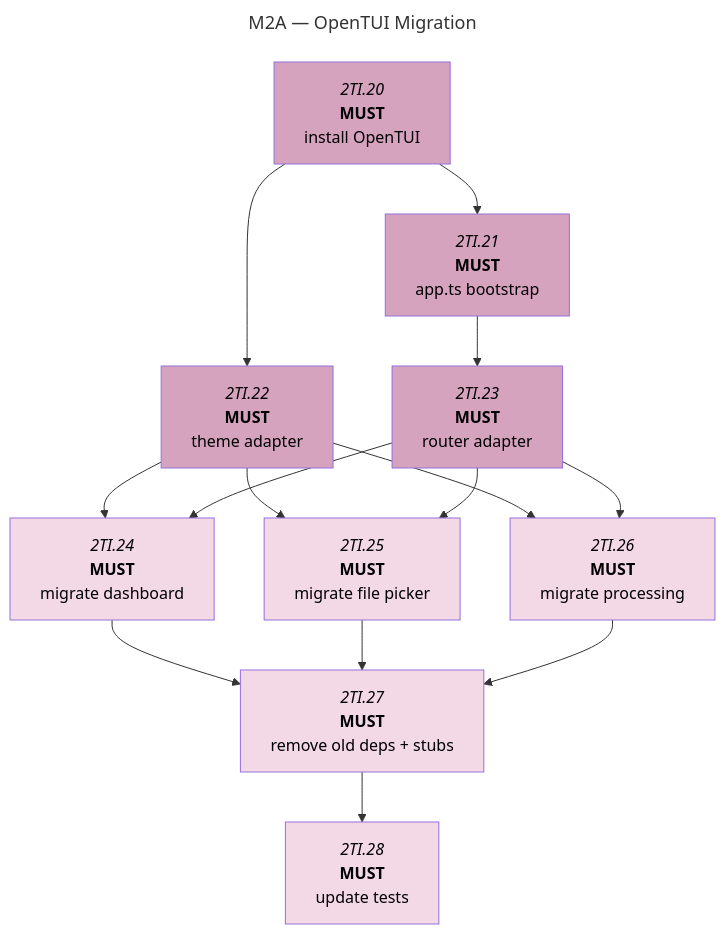
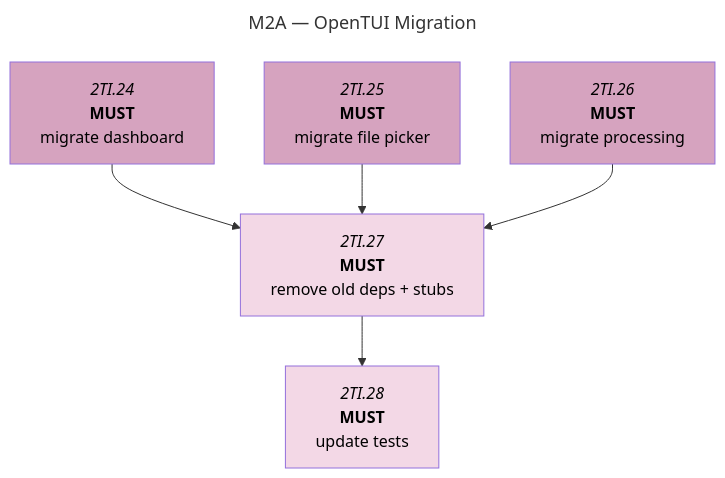
One commit to foundersandcoders/iris changed the second of 6 diagrams in docs/roadmaps/phase-1-mvp-features.md. Above: the diagram before and after it, drawn with Mermaid. The commit also changed other lines of this file, not shown here.

Commit message:
docs: update roadmap

````diff
--- a/docs/roadmaps/phase-1-mvp-features.md
+++ b/docs/roadmaps/phase-1-mvp-features.md
@@ -144,30 +144,25 @@
 ```mermaid
 ---
 title: M2A — OpenTUI Migration
 ---
 graph TD
 
-%% Phase 1: Foundation %%
-2TI.20["`*2TI.20*<br/>**MUST**<br/>install OpenTUI`"]:::must-open --> 2TI.21 & 2TI.22
-
-2TI.21["`*2TI.21*<br/>**MUST**<br/>app.ts bootstrap`"]:::must-open --> 2TI.23
-2TI.22["`*2TI.22*<br/>**MUST**<br/>theme adapter`"]:::must-open --> 2TI.24 & 2TI.25 & 2TI.26
-2TI.23["`*2TI.23*<br/>**MUST**<br/>router adapter`"]:::must-open --> 2TI.24 & 2TI.25 & 2TI.26
+%% Phase 1: Foundation — COMPLETE %%
 
 %% Phase 2: Screen Migration %%
-2TI.24["`*2TI.24*<br/>**MUST**<br/>migrate dashboard`"]:::must-blocked --> 2TI.27
-2TI.25["`*2TI.25*<br/>**MUST**<br/>migrate file picker`"]:::must-blocked --> 2TI.27
-2TI.26["`*2TI.26*<br/>**MUST**<br/>migrate processing`"]:::must-blocked --> 2TI.27
+2TI.24["`*2TI.24*<br/>**MUST**<br/>migrate dashboard`"]:::must-open --> 2TI.27
+2TI.25["`*2TI.25*<br/>**MUST**<br/>migrate file picker`"]:::must-open --> 2TI.27
+2TI.26["`*2TI.26*<br/>**MUST**<br/>migrate processing`"]:::must-open --> 2TI.27
 
 %% Phase 3: Cleanup %%
 2TI.27["`*2TI.27*<br/>**MUST**<br/>remove old deps + stubs`"]:::must-blocked --> 2TI.28
 2TI.28["`*2TI.28*<br/>**MUST**<br/>update tests`"]:::must-blocked
 
 classDef must-open fill:#D6A3BF,color:#000;
 classDef must-blocked fill:#F3D8E6,color:#000;
 classDef should-open fill:#6F2A52,color:#fff;
 classDef should-blocked fill:#A45A84,color:#fff;
 classDef could-open fill:#3E7F96,color:#fff;
 classDef could-blocked fill:#5FA3BA,color:#fff;
 classDef mile fill:#E8EFF6,color:#000;
 ```
````
